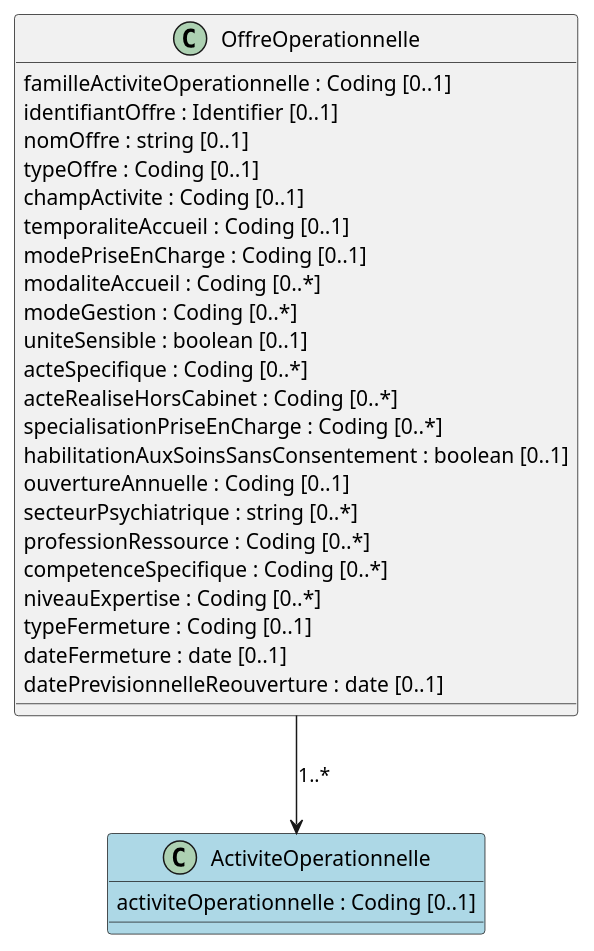
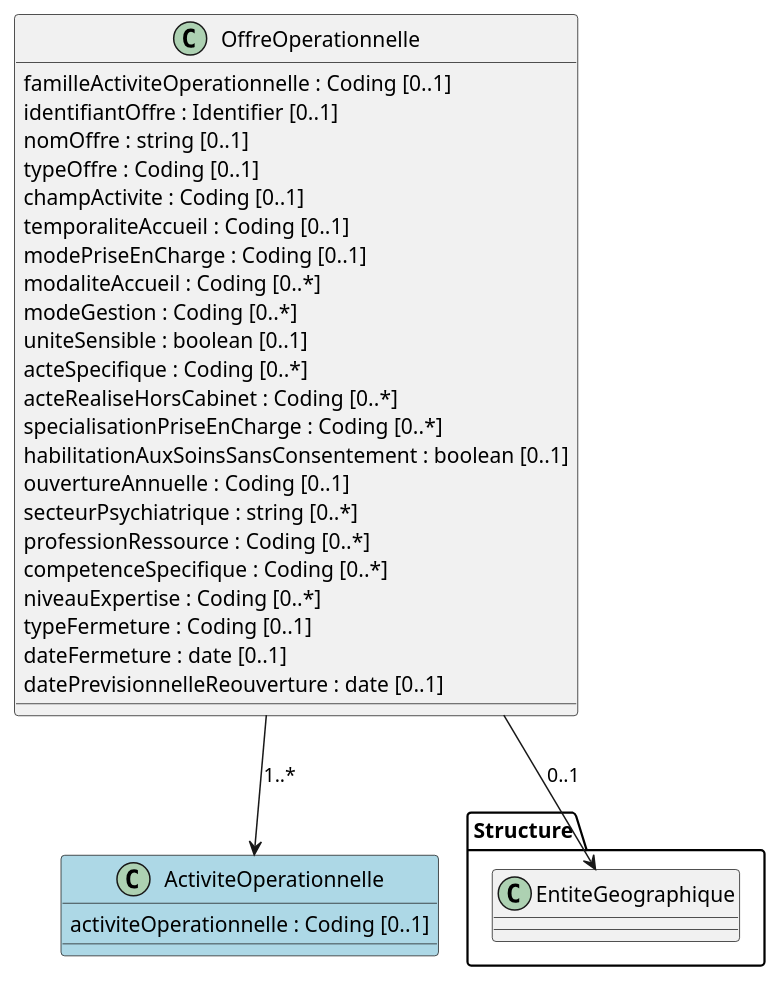
One commit to ansforge/IG-modele-objets-sante changed the diagram in input/images-source/Offre-operationnelle.plantuml. Above: the diagram before and after it, drawn with PlantUML. The commit also changed 53 other files, not shown here.

Commit message:
Diagramme avec Références

```diff
--- a/input/images-source/Offre-operationnelle.plantuml
+++ b/input/images-source/Offre-operationnelle.plantuml
@@ -1,34 +1,39 @@
 @startuml
 
 Class OffreOperationnelle {
   familleActiviteOperationnelle : Coding [0..1]
   identifiantOffre : Identifier [0..1]
   nomOffre : string [0..1]
   typeOffre : Coding [0..1]
   champActivite : Coding [0..1]
   temporaliteAccueil : Coding [0..1]
   modePriseEnCharge : Coding [0..1]
   modaliteAccueil : Coding [0..*]
   modeGestion : Coding [0..*]
   uniteSensible : boolean [0..1]
   acteSpecifique : Coding [0..*]
   acteRealiseHorsCabinet : Coding [0..*]
   specialisationPriseEnCharge : Coding [0..*]
   habilitationAuxSoinsSansConsentement : boolean [0..1]
   ouvertureAnnuelle : Coding [0..1]
   secteurPsychiatrique : string [0..*]
   professionRessource : Coding [0..*]
   competenceSpecifique : Coding [0..*]
   niveauExpertise : Coding [0..*]
   typeFermeture : Coding [0..1]
   dateFermeture : date [0..1]
   datePrevisionnelleReouverture : date [0..1]
 }
 
 Class ActiviteOperationnelle #LightBlue {
   activiteOperationnelle : Coding [0..1]
 }
 
+
+package "Structure" {
+  Class EntiteGeographique
+}
+OffreOperationnelle --> EntiteGeographique : 0..1
 OffreOperationnelle --> ActiviteOperationnelle : 1..*
 
 @enduml
```
